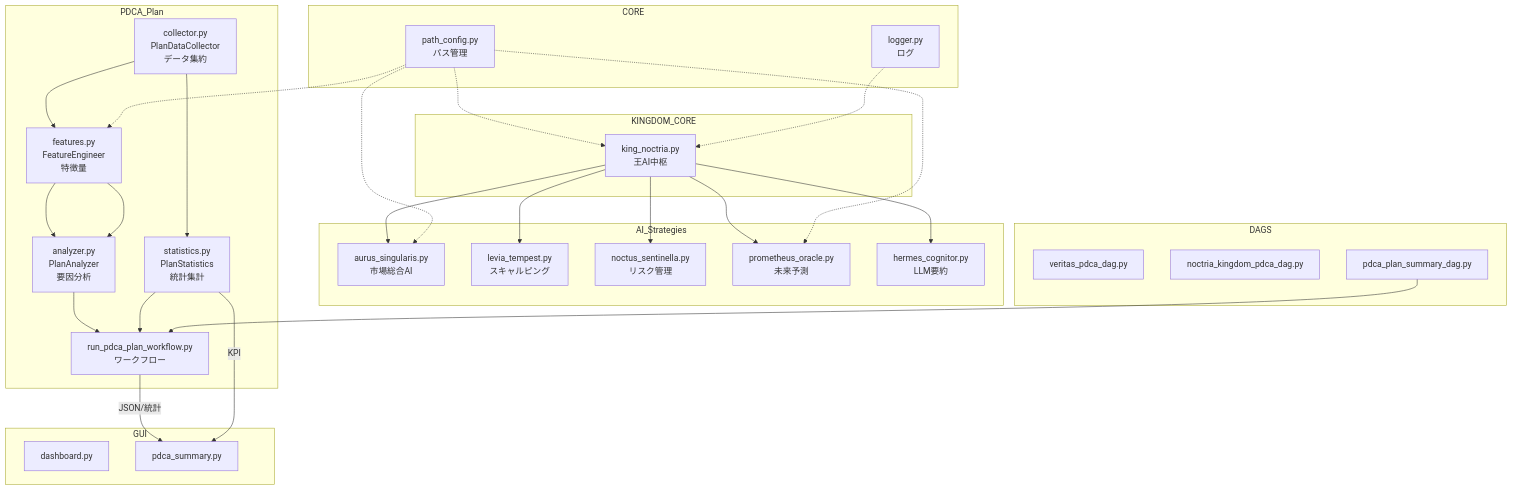
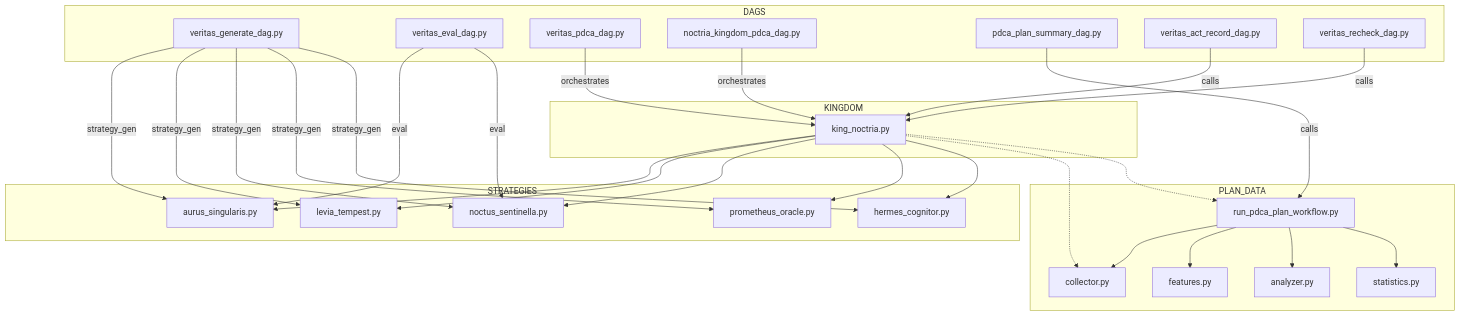
The diagram in docs/最終形態.mmd (Noctria/noctria_kingdom), drawn with Mermaid before and after one commit.

```diff
--- a/docs/最終形態.mmd
+++ b/docs/最終形態.mmd
@@ -1,66 +1,63 @@
 flowchart TD
 
-%% --- PDCA-Plan自動化ワークフロー ---
-subgraph PDCA_Plan
-  COL[collector.py<br>PlanDataCollector<br>データ集約]
-  FE[features.py<br>FeatureEngineer<br>特徴量]
-  AN[analyzer.py<br>PlanAnalyzer<br>要因分析]
-  ST[statistics.py<br>PlanStatistics<br>統計集計]
-  RUN[run_pdca_plan_workflow.py<br>ワークフロー]
+subgraph DAGS
+  VGEN["veritas_generate_dag.py"]
+  VEVAL["veritas_eval_dag.py"]
+  VPDCA["veritas_pdca_dag.py"]
+  NK_PDCA["noctria_kingdom_pdca_dag.py"]
+  PDCA_SUMDAG["pdca_plan_summary_dag.py"]
+  VACT["veritas_act_record_dag.py"]
+  VRECHECK["veritas_recheck_dag.py"]
 end
 
-COL --> FE
-FE --> AN
-COL --> ST
-FE --> AN
-AN --> RUN
-ST --> RUN
-
-%% --- Core戦略AI群 ---
-subgraph AI_Strategies
-  AURUS["aurus_singularis.py<br>市場総合AI"]
-  LEVIA["levia_tempest.py<br>スキャルピング"]
-  NOCTUS["noctus_sentinella.py<br>リスク管理"]
-  PROME["prometheus_oracle.py<br>未来予測"]
-  HERMES["hermes_cognitor.py<br>LLM要約"]
+subgraph PLAN_DATA
+  COL[collector.py]
+  FE[features.py]
+  AN[analyzer.py]
+  ST[statistics.py]
+  RUN[run_pdca_plan_workflow.py]
 end
 
-%% --- AI統括/王 ---
-subgraph KINGDOM_CORE
-  KING["king_noctria.py<br>王AI中枢"]
+subgraph STRATEGIES
+  AURUS["aurus_singularis.py"]
+  LEVIA["levia_tempest.py"]
+  NOCTUS["noctus_sentinella.py"]
+  PROME["prometheus_oracle.py"]
+  HERMES["hermes_cognitor.py"]
 end
+
+subgraph KINGDOM
+  KING["king_noctria.py"]
+end
+
+%% --- DAGSからplan_data/AI/kingなどへのフロー ---
+PDCA_SUMDAG -- calls --> RUN
+RUN --> COL
+RUN --> FE
+RUN --> AN
+RUN --> ST
+
+VGEN -- strategy_gen --> AURUS
+VGEN -- strategy_gen --> LEVIA
+VGEN -- strategy_gen --> NOCTUS
+VGEN -- strategy_gen --> PROME
+VGEN -- strategy_gen --> HERMES
+
+VEVAL -- eval --> AURUS
+VEVAL -- eval --> NOCTUS
+
+VPDCA -- orchestrates --> KING
+NK_PDCA -- orchestrates --> KING
+
+VACT -- calls --> KING
+VRECHECK -- calls --> KING
 
 KING --> AURUS
 KING --> LEVIA
 KING --> NOCTUS
 KING --> PROME
 KING --> HERMES
 
-%% --- Data・PathConfig ---
-subgraph CORE
-  PATHCFG["path_config.py<br>パス管理"]
-  LOGGER["logger.py<br>ログ"]
-end
-
-%% --- GUI連携 ---
-subgraph GUI
-  DASH["dashboard.py"]
-  PDCA_SUMM["pdca_summary.py"]
-end
-
-RUN -- JSON/統計 --> PDCA_SUMM
-ST -- KPI --> PDCA_SUMM
-PATHCFG -.-> KING
-PATHCFG -.-> AURUS
-PATHCFG -.-> PROME
-PATHCFG -.-> FE
-LOGGER -.-> KING
-
-%% --- DAG・自動化 ---
-subgraph DAGS
-  DAG1["veritas_pdca_dag.py"]
-  DAG2["noctria_kingdom_pdca_dag.py"]
-  DAG3["pdca_plan_summary_dag.py"]
-end
-
-DAG3 --> RUN
+%% コア参照
+KING -.-> COL
+KING -.-> RUN
```
